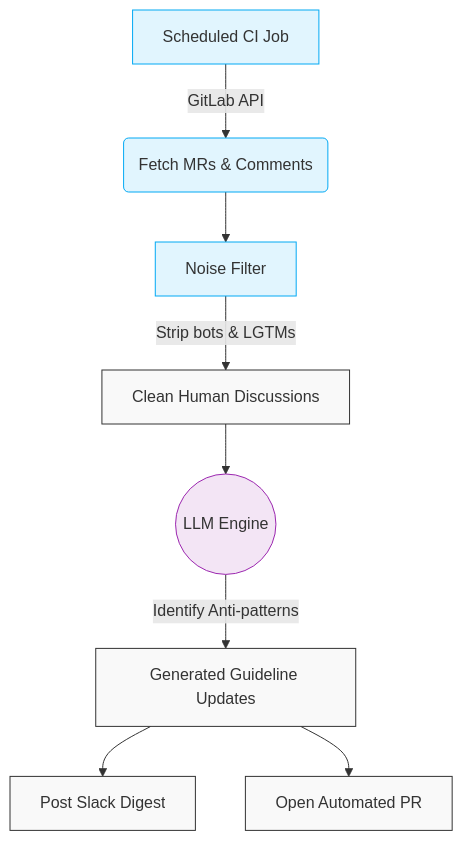
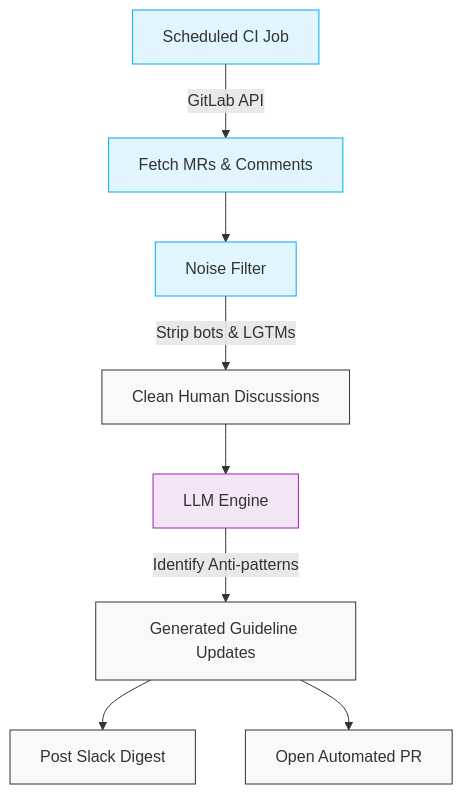
Before and after one commit to rakesh1988/mobile-infra-blog: the diagram in src/content/blog/self-healing-engineering-culture.md, drawn with Mermaid.

Commit message:
Standardize all Mermaid flowchart nodes to simple rectangles

````diff
--- a/src/content/blog/self-healing-engineering-culture.md
+++ b/src/content/blog/self-healing-engineering-culture.md
@@ -19,19 +19,19 @@
 ```mermaid
 graph TD
-    A[Scheduled CI Job] -->|GitLab API| B(Fetch MRs & Comments)
+    A[Scheduled CI Job] -->|GitLab API| B[Fetch MRs & Comments]
     B --> C[Noise Filter]
     C -->|Strip bots & LGTMs| D[Clean Human Discussions]
-    D --> E((LLM Engine))
+    D --> E[LLM Engine]
     E -->|Identify Anti-patterns| F[Generated Guideline Updates]
     F --> G[Post Slack Digest]
     F --> H[Open Automated PR]
     
     classDef default fill:#f9f9f9,stroke:#333,stroke-width:1px;
     classDef process fill:#e1f5fe,stroke:#03a9f4;
     classDef ai fill:#f3e5f5,stroke:#9c27b0;
     
     A:::process
     B:::process
     C:::process
     E:::ai
 ```
````
